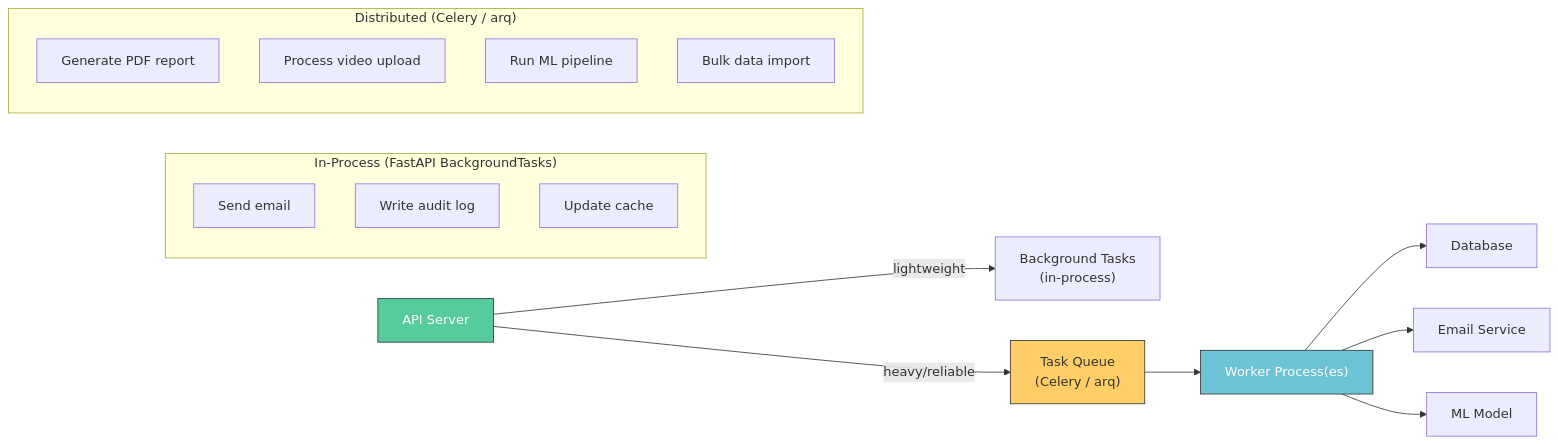
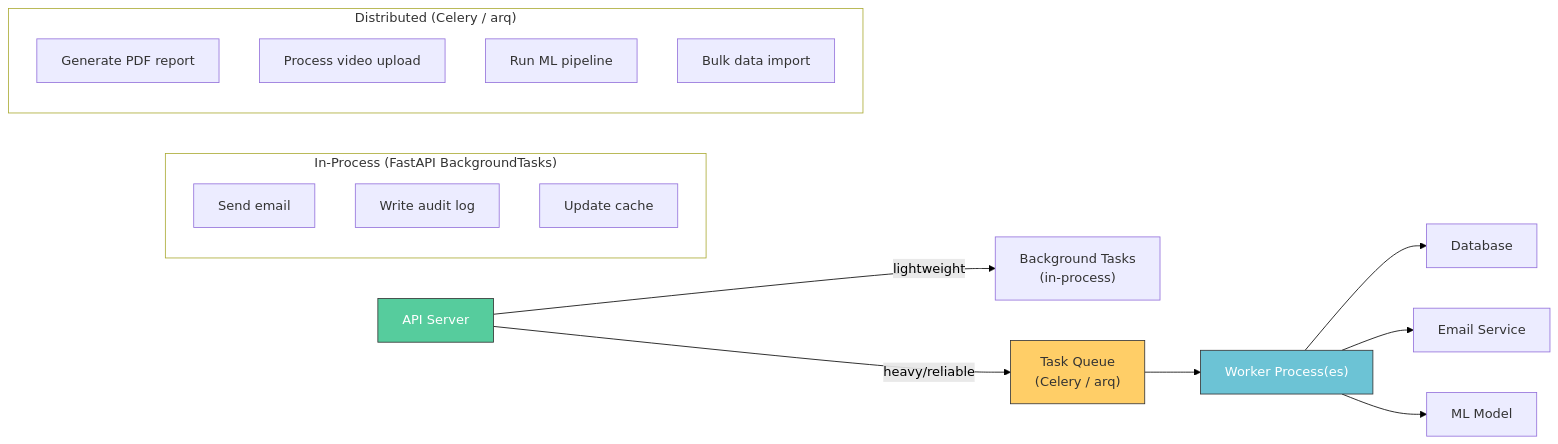
Before and after one commit to tanquangduong/tanquangduong.github.io: the seventh of 10 diagrams in posts/swe-interview/Python-SWE-Interview-QA-4.qmd, drawn with Mermaid. The commit also changed other lines of this file and 204 other files, not shown here.

````diff
--- a/posts/swe-interview/Python-SWE-Interview-QA-4.qmd
+++ b/posts/swe-interview/Python-SWE-Interview-QA-4.qmd
@@ -735,28 +742,31 @@
 ```{mermaid}
 graph LR
+    linkStyle default stroke:#000,color:#000
     API["API Server"]
     API -->|"lightweight"| BG["Background Tasks<br/>(in-process)"]
     API -->|"heavy/reliable"| QUEUE["Task Queue<br/>(Celery / arq)"]
 
     QUEUE --> WORKER["Worker Process(es)"]
     WORKER --> DB["Database"]
     WORKER --> EMAIL["Email Service"]
     WORKER --> ML["ML Model"]
 
     subgraph InProcess["In-Process (FastAPI BackgroundTasks)"]
         BG1["Send email"]
         BG2["Write audit log"]
         BG3["Update cache"]
     end
 
     subgraph Distributed["Distributed (Celery / arq)"]
         Q1["Generate PDF report"]
         Q2["Process video upload"]
         Q3["Run ML pipeline"]
         Q4["Bulk data import"]
     end
 
     style API fill:#56cc9d,stroke:#333,color:#fff
     style QUEUE fill:#ffce67,stroke:#333
     style WORKER fill:#6cc3d5,stroke:#333,color:#fff
+    style InProcess fill:#fff
+    style Distributed fill:#fff
 ```
````
